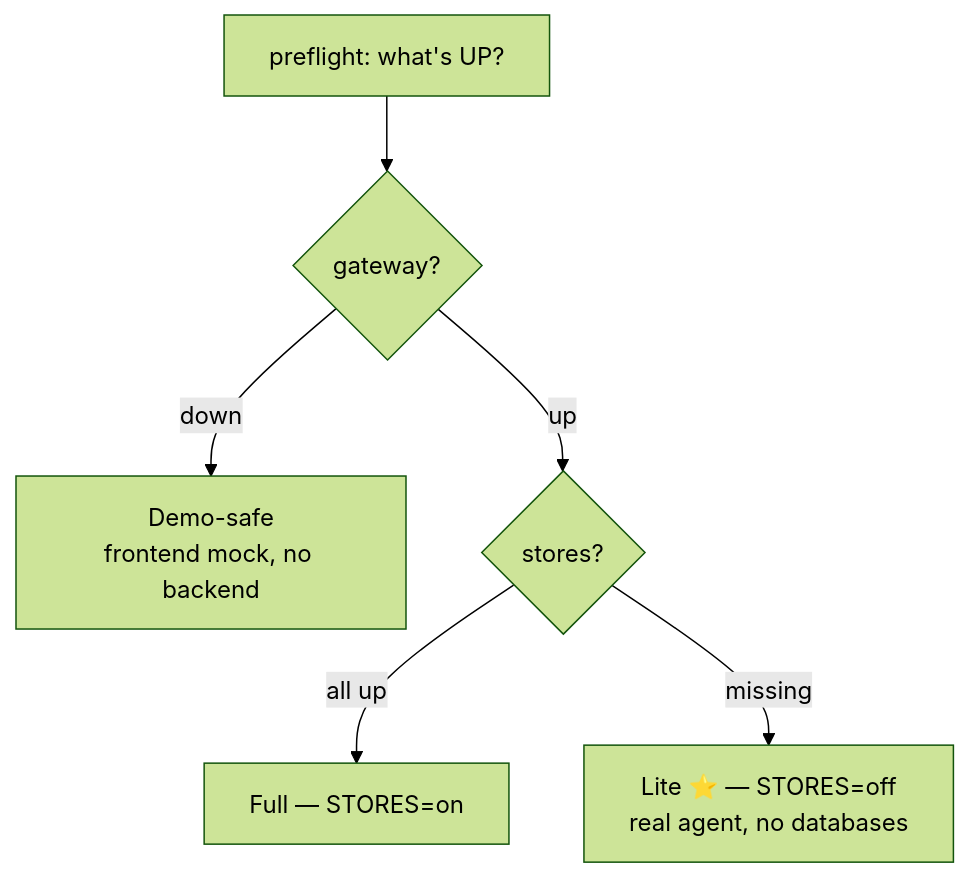
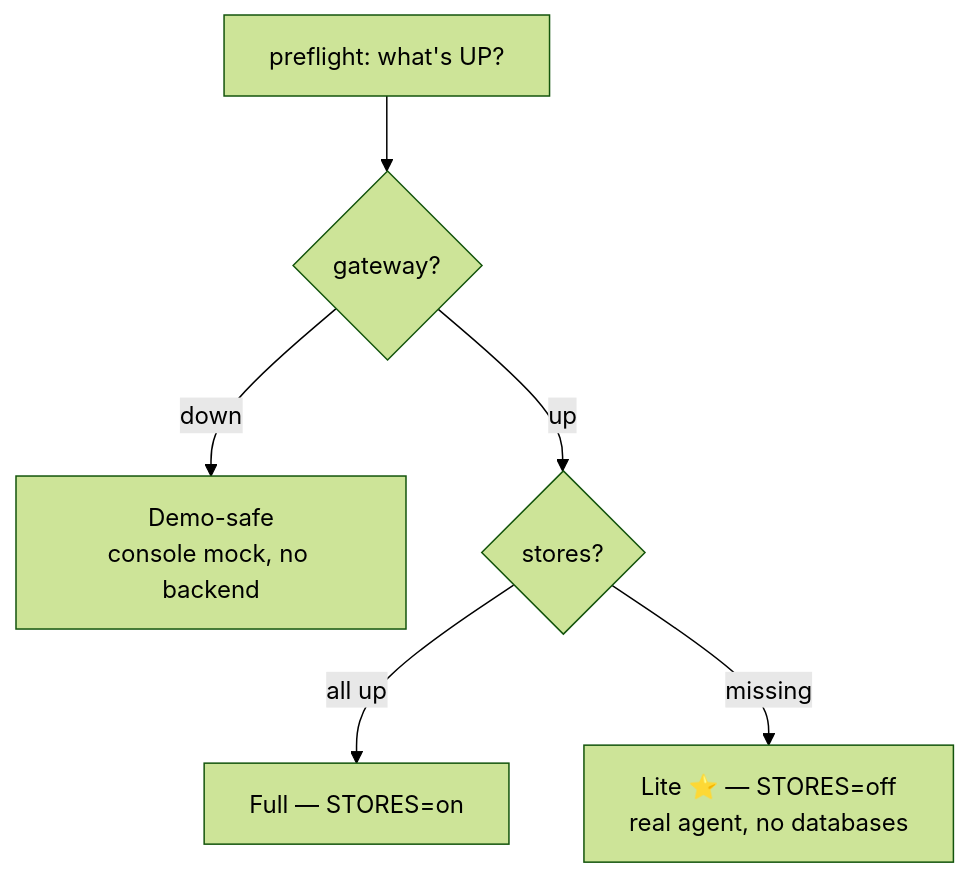
Before and after one commit to yrevash/aegis: the diagram in docs/learn/60-run-and-operate.md, drawn with Mermaid (forest theme). The commit also changed other lines of this file and 271 other files, not shown here.

````diff
--- a/docs/learn/60-run-and-operate.md
+++ b/docs/learn/60-run-and-operate.md
@@ -21,8 +21,8 @@
 ```mermaid
 flowchart TB
     P[preflight: what's UP?] --> Q{gateway?}
-    Q -->|down| SAFE["Demo-safe<br/>frontend mock, no backend"]
+    Q -->|down| SAFE["Demo-safe<br/>console mock, no backend"]
     Q -->|up| R{stores?}
     R -->|all up| FULL["Full — STORES=on"]
     R -->|missing| LITE["Lite ⭐ — STORES=off<br/>real agent, no databases"]
 ```
````
